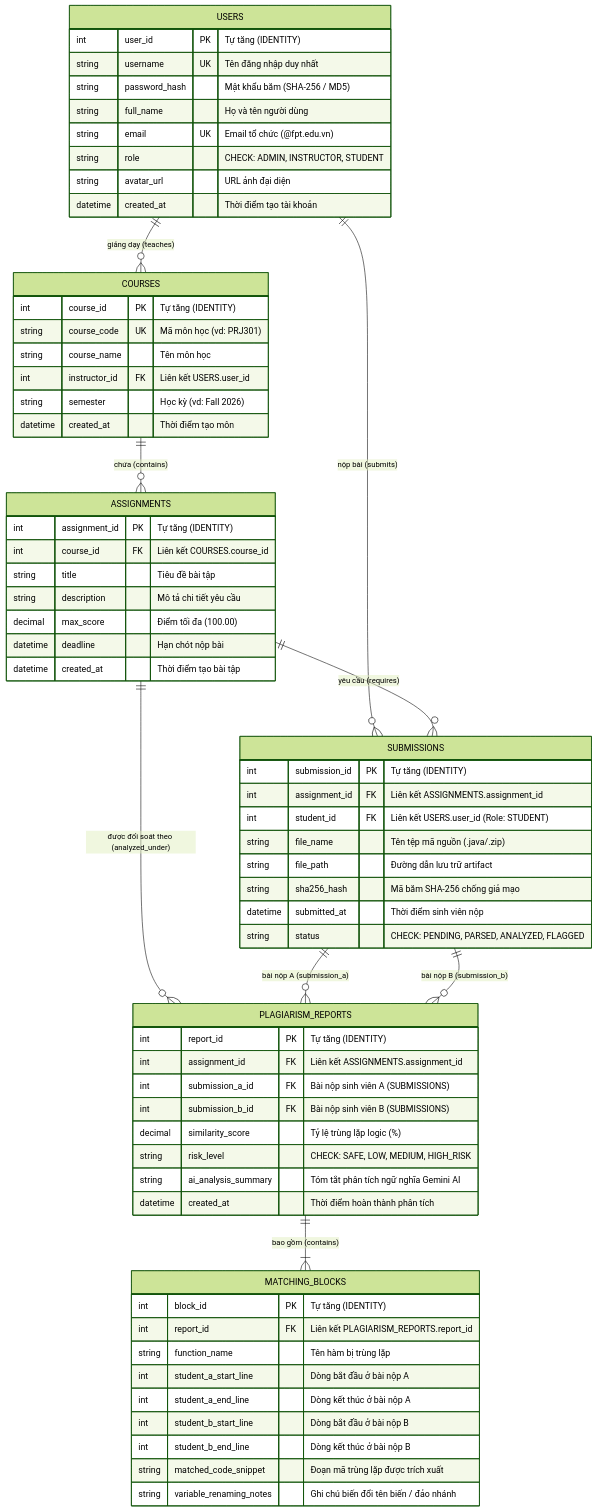
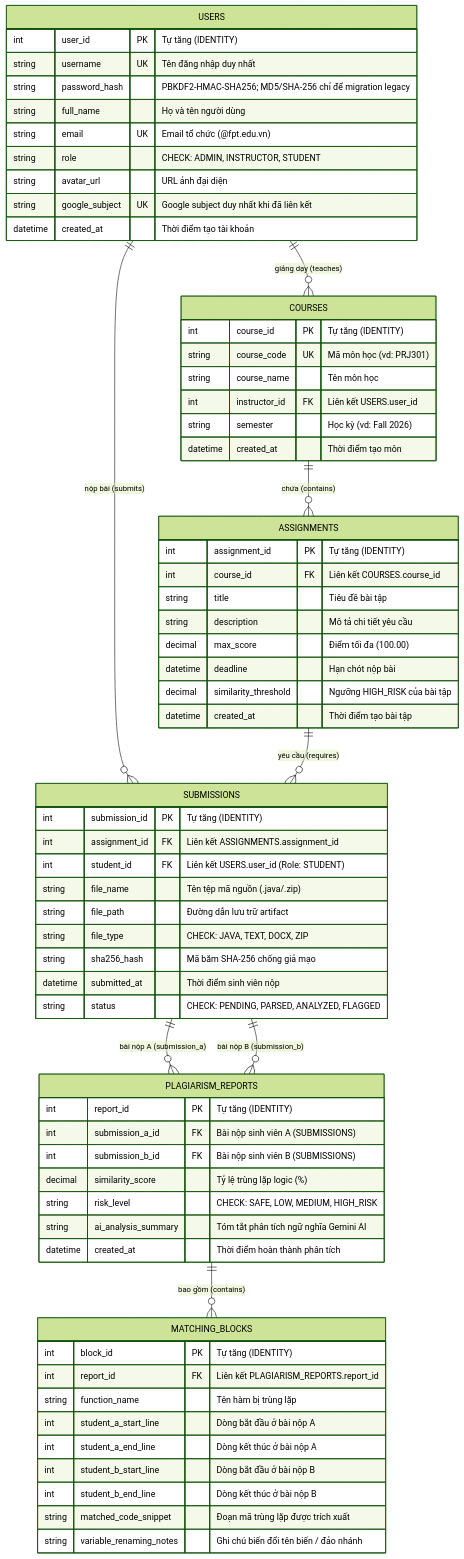
Before and after one commit to Phucstack/aita-plagiarism-detection: the diagram in database/ERD_DIAGRAM.md, drawn with Mermaid (forest theme). The commit also changed other lines of this file and 4 other files, not shown here.

Commit message:
fix(db): normalize plagiarism reports to 3NF

````diff
--- a/database/ERD_DIAGRAM.md
+++ b/database/ERD_DIAGRAM.md
@@ -9,75 +9,76 @@
 ```mermaid
 erDiagram
     USERS ||--o{ COURSES : "giảng dạy (teaches)"
     USERS ||--o{ SUBMISSIONS : "nộp bài (submits)"
     COURSES ||--o{ ASSIGNMENTS : "chứa (contains)"
     ASSIGNMENTS ||--o{ SUBMISSIONS : "yêu cầu (requires)"
-    ASSIGNMENTS ||--o{ PLAGIARISM_REPORTS : "được đối soát theo (analyzed_under)"
     SUBMISSIONS ||--o{ PLAGIARISM_REPORTS : "bài nộp A (submission_a)"
     SUBMISSIONS ||--o{ PLAGIARISM_REPORTS : "bài nộp B (submission_b)"
-    PLAGIARISM_REPORTS ||--|{ MATCHING_BLOCKS : "bao gồm (contains)"
+    PLAGIARISM_REPORTS ||--o{ MATCHING_BLOCKS : "bao gồm (contains)"
 
     USERS {
         int user_id PK "Tự tăng (IDENTITY)"
         string username UK "Tên đăng nhập duy nhất"
-        string password_hash "Mật khẩu băm (SHA-256 / MD5)"
+        string password_hash "PBKDF2-HMAC-SHA256; MD5/SHA-256 chỉ để migration legacy"
         string full_name "Họ và tên người dùng"
         string email UK "Email tổ chức (@fpt.edu.vn)"
         string role "CHECK: ADMIN, INSTRUCTOR, STUDENT"
         string avatar_url "URL ảnh đại diện"
+        string google_subject UK "Google subject duy nhất khi đã liên kết"
         datetime created_at "Thời điểm tạo tài khoản"
     }
 
     COURSES {
         int course_id PK "Tự tăng (IDENTITY)"
         string course_code UK "Mã môn học (vd: PRJ301)"
         string course_name "Tên môn học"
         int instructor_id FK "Liên kết USERS.user_id"
         string semester "Học kỳ (vd: Fall 2026)"
         datetime created_at "Thời điểm tạo môn"
     }
 
     ASSIGNMENTS {
         int assignment_id PK "Tự tăng (IDENTITY)"
         int course_id FK "Liên kết COURSES.course_id"
         string title "Tiêu đề bài tập"
         string description "Mô tả chi tiết yêu cầu"
         decimal max_score "Điểm tối đa (100.00)"
         datetime deadline "Hạn chót nộp bài"
+        decimal similarity_threshold "Ngưỡng HIGH_RISK của bài tập"
         datetime created_at "Thời điểm tạo bài tập"
     }
 
     SUBMISSIONS {
         int submission_id PK "Tự tăng (IDENTITY)"
         int assignment_id FK "Liên kết ASSIGNMENTS.assignment_id"
         int student_id FK "Liên kết USERS.user_id (Role: STUDENT)"
         string file_name "Tên tệp mã nguồn (.java/.zip)"
         string file_path "Đường dẫn lưu trữ artifact"
+        string file_type "CHECK: JAVA, TEXT, DOCX, ZIP"
         string sha256_hash "Mã băm SHA-256 chống giả mạo"
         datetime submitted_at "Thời điểm sinh viên nộp"
         string status "CHECK: PENDING, PARSED, ANALYZED, FLAGGED"
     }
 
     PLAGIARISM_REPORTS {
         int report_id PK "Tự tăng (IDENTITY)"
-        int assignment_id FK "Liên kết ASSIGNMENTS.assignment_id"
         int submission_a_id FK "Bài nộp sinh viên A (SUBMISSIONS)"
         int submission_b_id FK "Bài nộp sinh viên B (SUBMISSIONS)"
         decimal similarity_score "Tỷ lệ trùng lặp logic (%)"
         string risk_level "CHECK: SAFE, LOW, MEDIUM, HIGH_RISK"
         string ai_analysis_summary "Tóm tắt phân tích ngữ nghĩa Gemini AI"
         datetime created_at "Thời điểm hoàn thành phân tích"
     }
 
     MATCHING_BLOCKS {
         int block_id PK "Tự tăng (IDENTITY)"
         int report_id FK "Liên kết PLAGIARISM_REPORTS.report_id"
         string function_name "Tên hàm bị trùng lặp"
         int student_a_start_line "Dòng bắt đầu ở bài nộp A"
         int student_a_end_line "Dòng kết thúc ở bài nộp A"
         int student_b_start_line "Dòng bắt đầu ở bài nộp B"
         int student_b_end_line "Dòng kết thúc ở bài nộp B"
         string matched_code_snippet "Đoạn mã trùng lặp được trích xuất"
         string variable_renaming_notes "Ghi chú biến đổi tên biến / đảo nhánh"
     }
 ```
````
